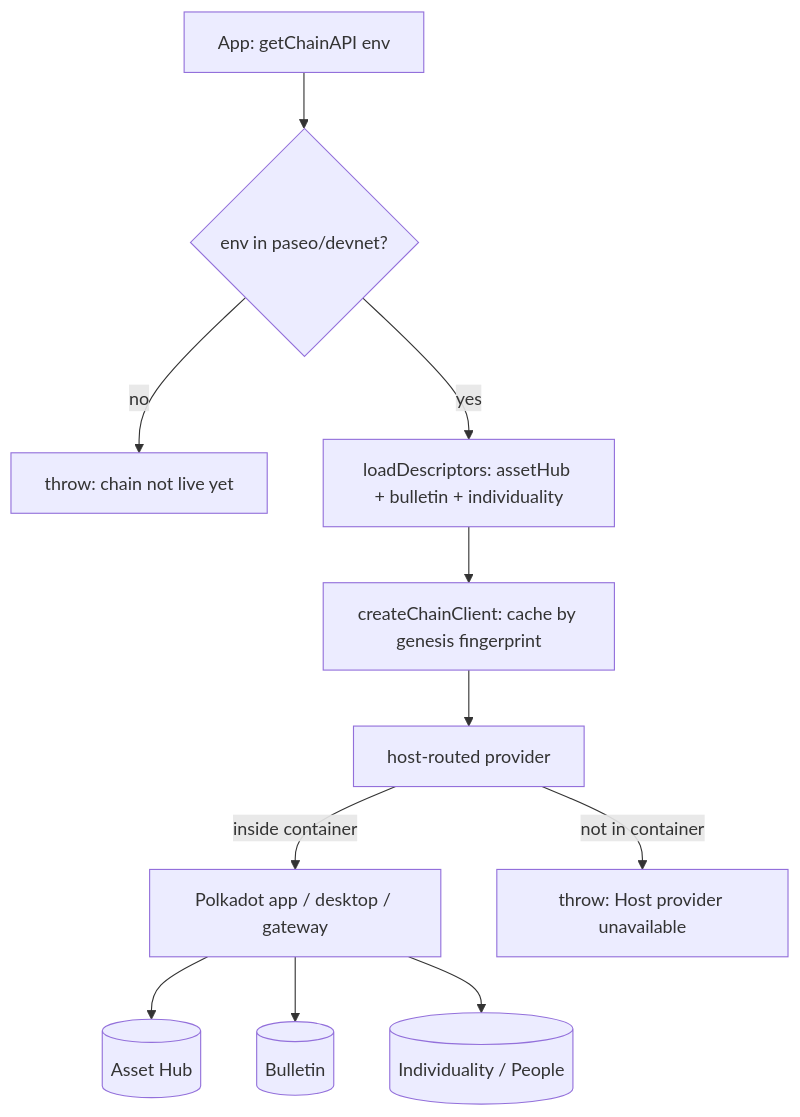
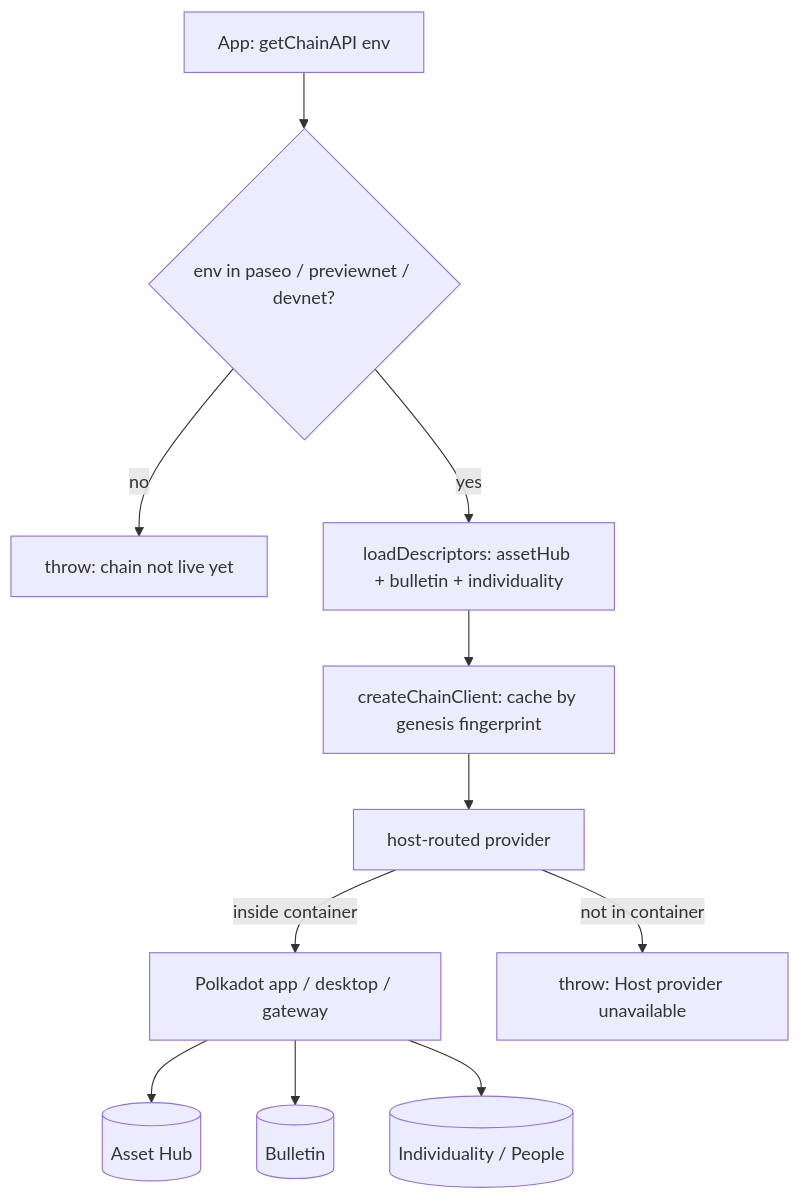
One commit to Polkadot-Community-Foundation/polkadot-app-docs changed the diagram in docs/guides/platform-services-sdk.md. Above: the diagram before and after it, drawn with Mermaid. The commit also changed other lines of this file and 22 other files, not shown here.

````diff
--- a/docs/guides/platform-services-sdk.md
+++ b/docs/guides/platform-services-sdk.md
@@ -91,13 +90,13 @@
 ```mermaid
 flowchart TD
-  A[App: getChainAPI env] --> B{env in paseo/devnet?}
+  A[App: getChainAPI env] --> B{env in paseo / previewnet / devnet?}
   B -- no --> X[throw: chain not live yet]
   B -- yes --> C[loadDescriptors: assetHub + bulletin + individuality]
   C --> D[createChainClient: cache by genesis fingerprint]
   D --> E[host-routed provider]
   E -- inside container --> G[Polkadot app / desktop / gateway]
   E -- not in container --> Y[throw: Host provider unavailable]
   G --> H[(Asset Hub)]
   G --> I[(Bulletin)]
   G --> J[(Individuality / People)]
 ```
````
